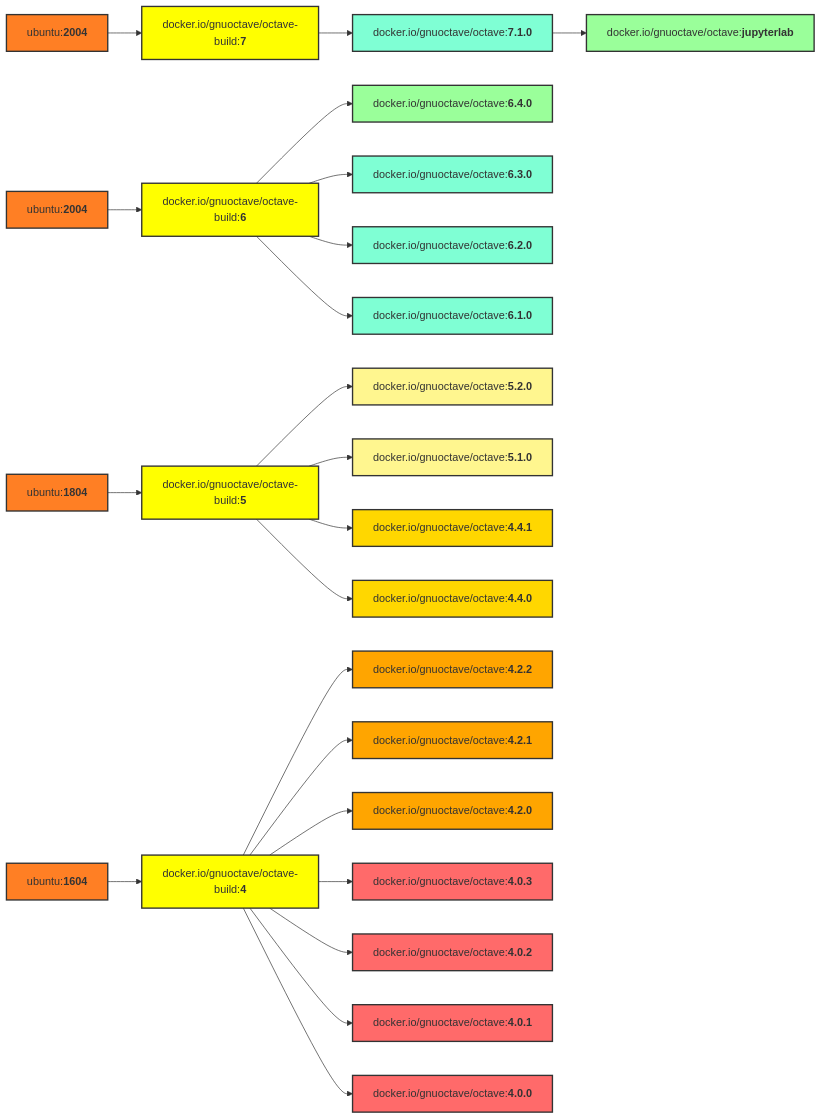
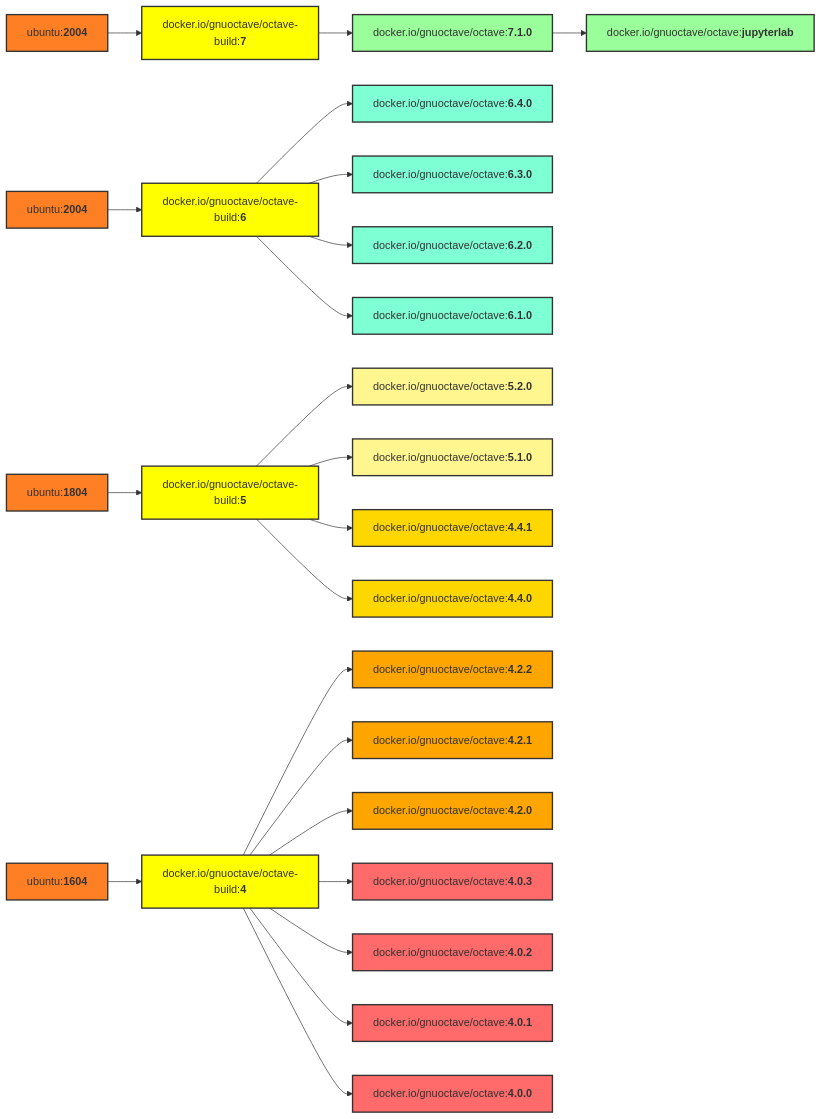
One commit to gnu-octave/docker changed the diagram in README.md. Above: the diagram before and after it, drawn with Mermaid.

````diff
--- a/README.md
+++ b/README.md
@@ -26,57 +26,57 @@
 ```mermaid
 graph LR
     U4[ubuntu:<b>2004</b>] --> b7[docker.io/gnuoctave/octave-build:<b>7</b>];
     U3[ubuntu:<b>2004</b>] --> b6[docker.io/gnuoctave/octave-build:<b>6</b>];
     U2[ubuntu:<b>1804</b>] --> b5[docker.io/gnuoctave/octave-build:<b>5</b>];
     U1[ubuntu:<b>1604</b>] --> b4[docker.io/gnuoctave/octave-build:<b>4</b>];
     b7 --> v710[docker.io/gnuoctave/octave:<b>7.1.0</b>];
     b6 --> v640[docker.io/gnuoctave/octave:<b>6.4.0</b>];
     b6 --> v630[docker.io/gnuoctave/octave:<b>6.3.0</b>];
     b6 --> v620[docker.io/gnuoctave/octave:<b>6.2.0</b>];
     b6 --> v610[docker.io/gnuoctave/octave:<b>6.1.0</b>];
     b5 --> v520[docker.io/gnuoctave/octave:<b>5.2.0</b>];
     b5 --> v510[docker.io/gnuoctave/octave:<b>5.1.0</b>];
     b5 --> v441[docker.io/gnuoctave/octave:<b>4.4.1</b>];
     b5 --> v440[docker.io/gnuoctave/octave:<b>4.4.0</b>];
     b4 --> v422[docker.io/gnuoctave/octave:<b>4.2.2</b>];
     b4 --> v421[docker.io/gnuoctave/octave:<b>4.2.1</b>];
     b4 --> v420[docker.io/gnuoctave/octave:<b>4.2.0</b>];
     b4 --> v403[docker.io/gnuoctave/octave:<b>4.0.3</b>];
     b4 --> v402[docker.io/gnuoctave/octave:<b>4.0.2</b>];
     b4 --> v401[docker.io/gnuoctave/octave:<b>4.0.1</b>];
     b4 --> v400[docker.io/gnuoctave/octave:<b>4.0.0</b>];
     v710 --> jl[docker.io/gnuoctave/octave:<b>jupyterlab</b>];
     classDef U fill:#ff7f24,stroke:#333,stroke-width:2px;
     class U1 U;
     class U2 U;
     class U3 U;
     class U4 U;
     classDef b fill:#ff0,stroke:#333,stroke-width:2px;
     class b4 b;
     class b5 b;
     class b6 b;
     class b7 b;
     classDef age1 fill:#9aff9a,stroke:#333,stroke-width:2px;
     classDef age2 fill:#7fffd4,stroke:#333,stroke-width:2px;
     classDef age3 fill:#fff68f,stroke:#333,stroke-width:2px;
     classDef age4 fill:#ffd700,stroke:#333,stroke-width:2px;
     classDef age5 fill:#ffa500,stroke:#333,stroke-width:2px;
     classDef age6 fill:#ff6a6a,stroke:#333,stroke-width:2px;
     class jl age1;
-    class v640 age1;
-    class v710 age2;
+    class v710 age1;
+    class v640 age2;
     class v630 age2;
     class v620 age2;
     class v610 age2;
     class v520 age3;
     class v510 age3;
     class v441 age4;
     class v440 age4;
     class v422 age5;
     class v421 age5;
     class v420 age5;
     class v403 age6;
     class v402 age6;
     class v401 age6;
     class v400 age6;
 ```
````
